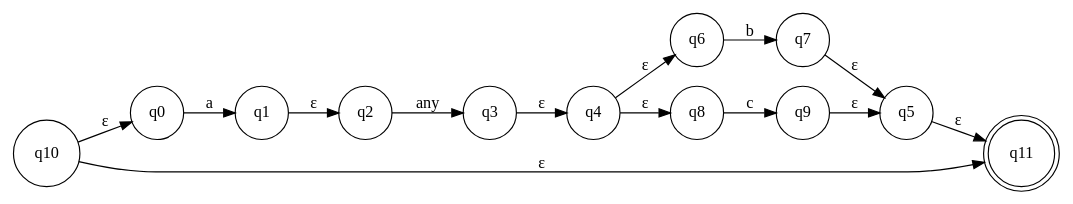
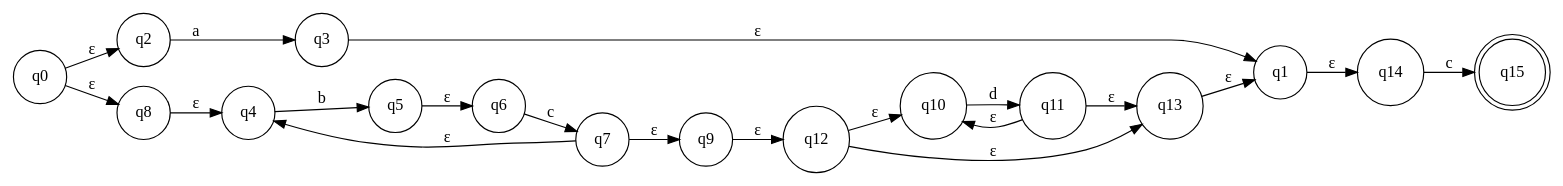
One commit to DjoCoding/regex changed the diagram in nfa.dot. Above: the diagram before and after it, drawn with Graphviz. The commit also changed 7 other files, not shown here.

```diff
--- a/nfa.dot
+++ b/nfa.dot
@@ -1,29 +1,39 @@
 digraph NFA {
 	rankdir=LR;
 	node [shape=circle];
+	q0 [label="q0"];
+	q0 -> q2 [label="ε"];
+	q2 [label="q2"];
+	q2 -> q3 [label="a"];
+	q3 [label="q3"];
+	q3 -> q1 [label="ε"];
+	q1 [label="q1"];
+	q1 -> q14 [label="ε"];
+	q14 [label="q14"];
+	q14 -> q15 [label="c"];
+	q15 [shape=doublecircle];
+	q0 -> q8 [label="ε"];
+	q8 [label="q8"];
+	q8 -> q4 [label="ε"];
+	q4 [label="q4"];
+	q4 -> q5 [label="b"];
+	q5 [label="q5"];
+	q5 -> q6 [label="ε"];
+	q6 [label="q6"];
+	q6 -> q7 [label="c"];
+	q7 [label="q7"];
+	q7 -> q9 [label="ε"];
+	q9 [label="q9"];
+	q9 -> q12 [label="ε"];
+	q12 [label="q12"];
+	q12 -> q10 [label="ε"];
 	q10 [label="q10"];
-	q10 -> q0 [label="ε"];
-	q0 [label="q0"];
-	q0 -> q1 [label="a"];
-	q1 [label="q1"];
-	q1 -> q2 [label="ε"];
-	q2 [label="q2"];
-	q2 -> q3 [label="any"];
-	q3 [label="q3"];
-	q3 -> q4 [label="ε"];
-	q4 [label="q4"];
-	q4 -> q6 [label="ε"];
-	q6 [label="q6"];
-	q6 -> q7 [label="b"];
-	q7 [label="q7"];
-	q7 -> q5 [label="ε"];
-	q5 [label="q5"];
-	q5 -> q11 [label="ε"];
-	q11 [shape=doublecircle];
-	q4 -> q8 [label="ε"];
-	q8 [label="q8"];
-	q8 -> q9 [label="c"];
-	q9 [label="q9"];
-	q9 -> q5 [label="ε"];
-	q10 -> q11 [label="ε"];
+	q10 -> q11 [label="d"];
+	q11 [label="q11"];
+	q11 -> q13 [label="ε"];
+	q13 [label="q13"];
+	q13 -> q1 [label="ε"];
+	q11 -> q10 [label="ε"];
+	q12 -> q13 [label="ε"];
+	q7 -> q4 [label="ε"];
 }
```
